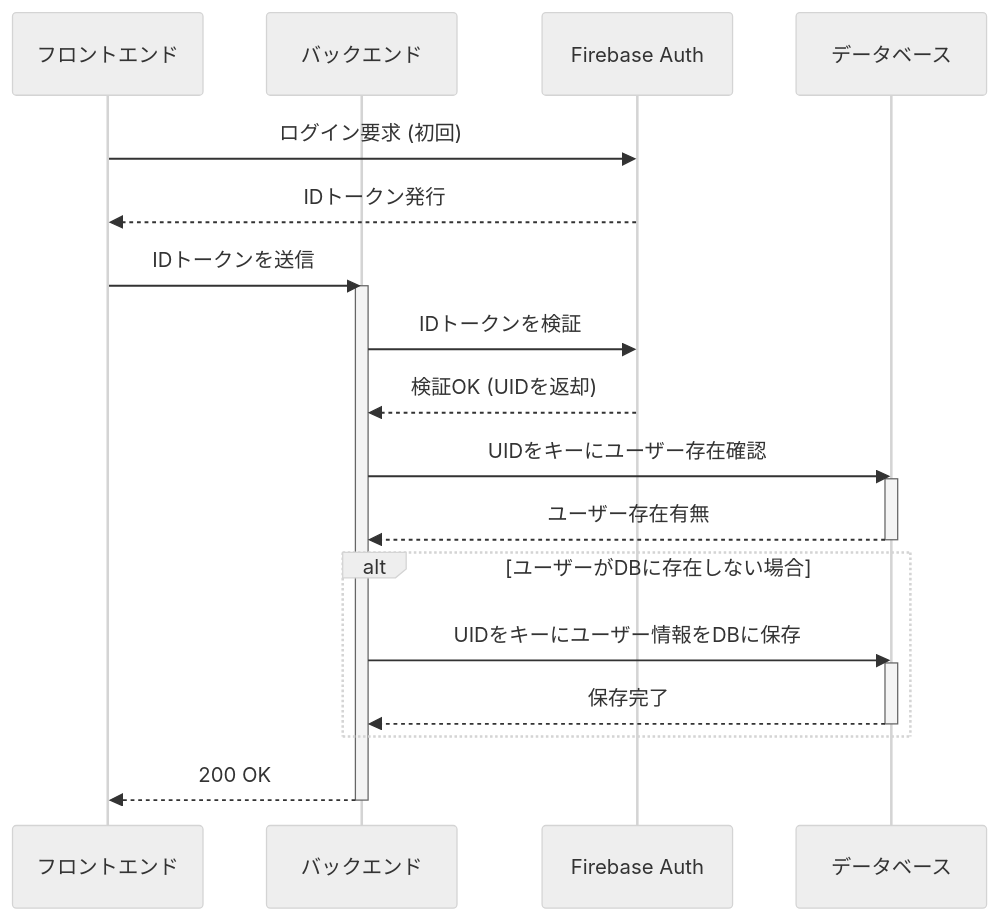
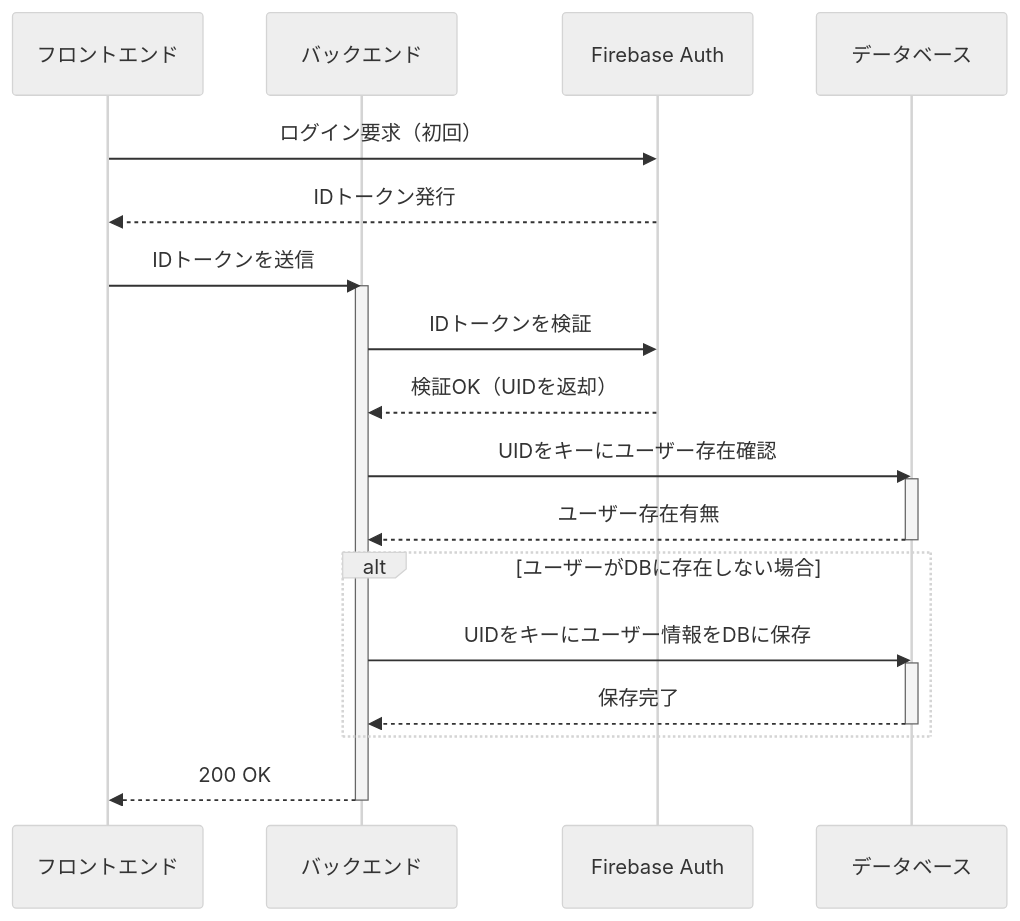
One commit to miki-hayashi-71/inventory-api changed the first of 9 diagrams in doc/seaquence.md. Above: the diagram before and after it, drawn with Mermaid (neutral theme). The commit also changed other lines of this file, not shown here.

Commit message:
docs: Revise sequence diagram to clarify subjects and improve layout

````diff
--- a/doc/seaquence.md
+++ b/doc/seaquence.md
@@ -6,30 +6,30 @@
 ```mermaid
 sequenceDiagram
     participant フロントエンド
     participant バックエンド
     participant Firebase Auth
     participant データベース
 
-    フロントエンド->>Firebase Auth: ログイン要求 (初回)
+    フロントエンド->>Firebase Auth: ログイン要求（初回）
     Firebase Auth-->>フロントエンド: IDトークン発行
 
     フロントエンド->>バックエンド: IDトークンを送信
     activate バックエンド
     バックエンド->>Firebase Auth: IDトークンを検証
-    Firebase Auth-->>バックエンド: 検証OK (UIDを返却)
+    Firebase Auth-->>バックエンド: 検証OK（UIDを返却）
 
     バックエンド->>データベース: UIDをキーにユーザー存在確認
     activate データベース
     データベース-->>バックエンド: ユーザー存在有無
     deactivate データベース
 
     alt ユーザーがDBに存在しない場合
         バックエンド->>データベース: UIDをキーにユーザー情報をDBに保存
         activate データベース
         データベース-->>バックエンド: 保存完了
         deactivate データベース
     end
 
     バックエンド-->>フロントエンド: 200 OK
     deactivate バックエンド
 ```
````
